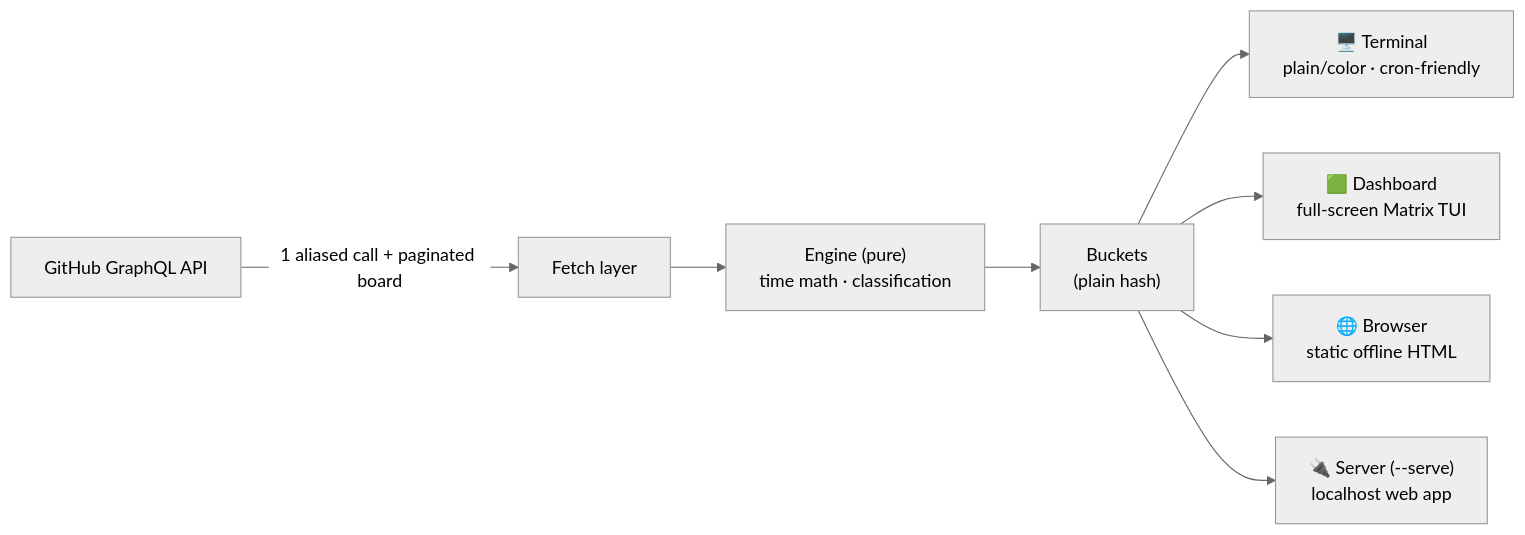
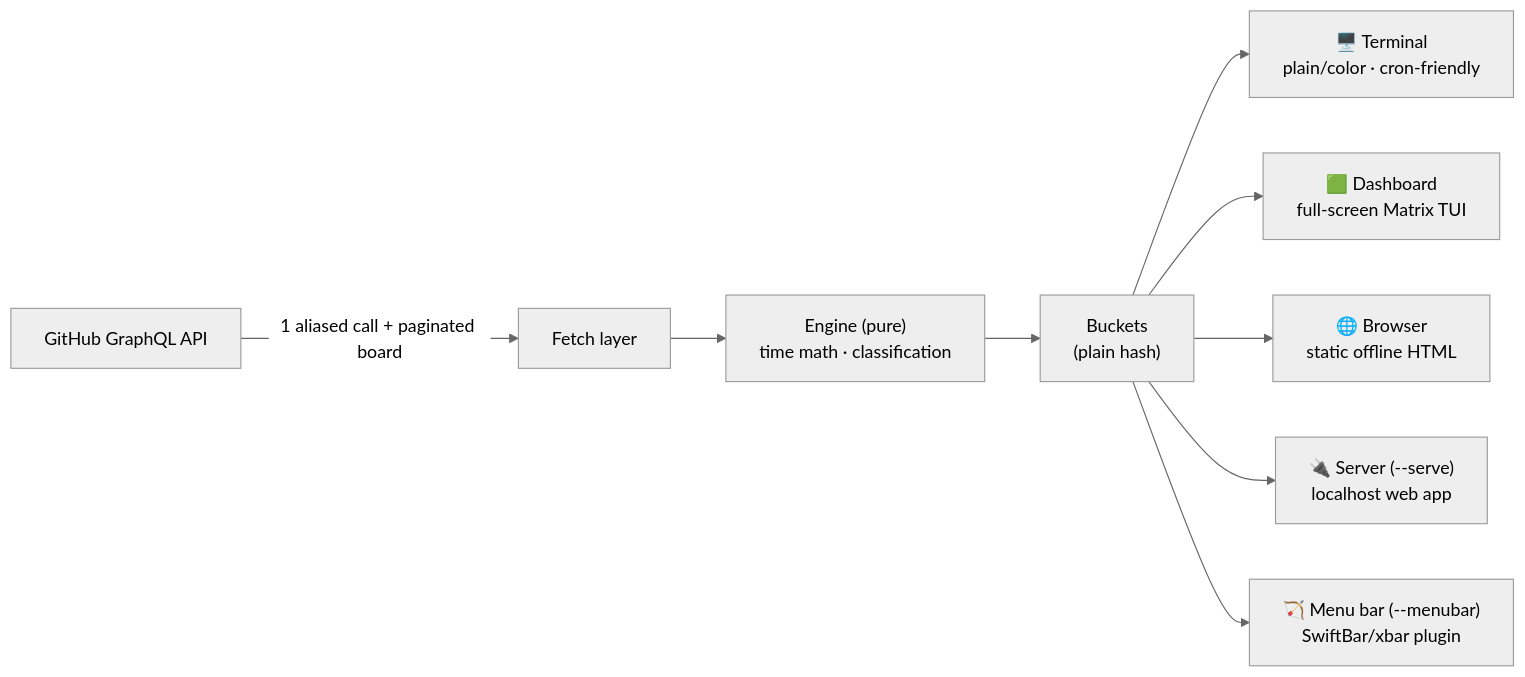
One commit to cdrrazan/Kamandar changed the first of 2 diagrams in README.md. Above: the diagram before and after it, drawn with Mermaid (neutral theme). The commit also changed other lines of this file and 6 other files, not shown here.

````diff
--- a/README.md
+++ b/README.md
@@ -316,10 +317,11 @@
 ```mermaid
 flowchart LR
     GH["GitHub GraphQL API"] -->|"1 aliased call + paginated board"| FETCH["Fetch layer"]
     FETCH --> ENGINE["Engine (pure)<br/>time math · classification"]
     ENGINE --> BUCKETS["Buckets<br/>(plain hash)"]
     BUCKETS --> TERM["🖥️ Terminal<br/>plain/color · cron-friendly"]
     BUCKETS --> DASH["🟩 Dashboard<br/>full-screen Matrix TUI"]
     BUCKETS --> BROWSER["🌐 Browser<br/>static offline HTML"]
     BUCKETS --> SERVE["🔌 Server (--serve)<br/>localhost web app"]
+    BUCKETS --> MENUBAR["🏹 Menu bar (--menubar)<br/>SwiftBar/xbar plugin"]
 ```
````
